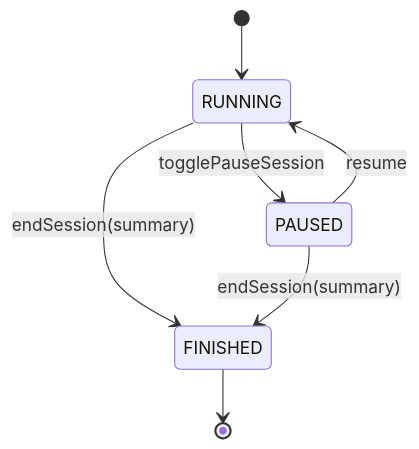
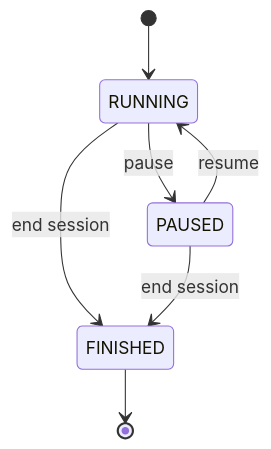
One commit to ask444d/vibeboard changed the third of 4 diagrams in README.md. Above: the diagram before and after it, drawn with Mermaid. The commit also changed other lines of this file, not shown here.

Commit message:
Simplify and clean the README architecture section for readability

````diff
--- a/README.md
+++ b/README.md
@@ -199,12 +199,12 @@
 ```mermaid
 stateDiagram-v2
   [*] --> RUNNING
 
-  RUNNING --> PAUSED: togglePauseSession
+  RUNNING --> PAUSED: pause
   PAUSED --> RUNNING: resume
 
-  RUNNING --> FINISHED: endSession(summary)
-  PAUSED --> FINISHED: endSession(summary)
+  RUNNING --> FINISHED: end session
+  PAUSED --> FINISHED: end session
 
   FINISHED --> [*]
 ```
````
